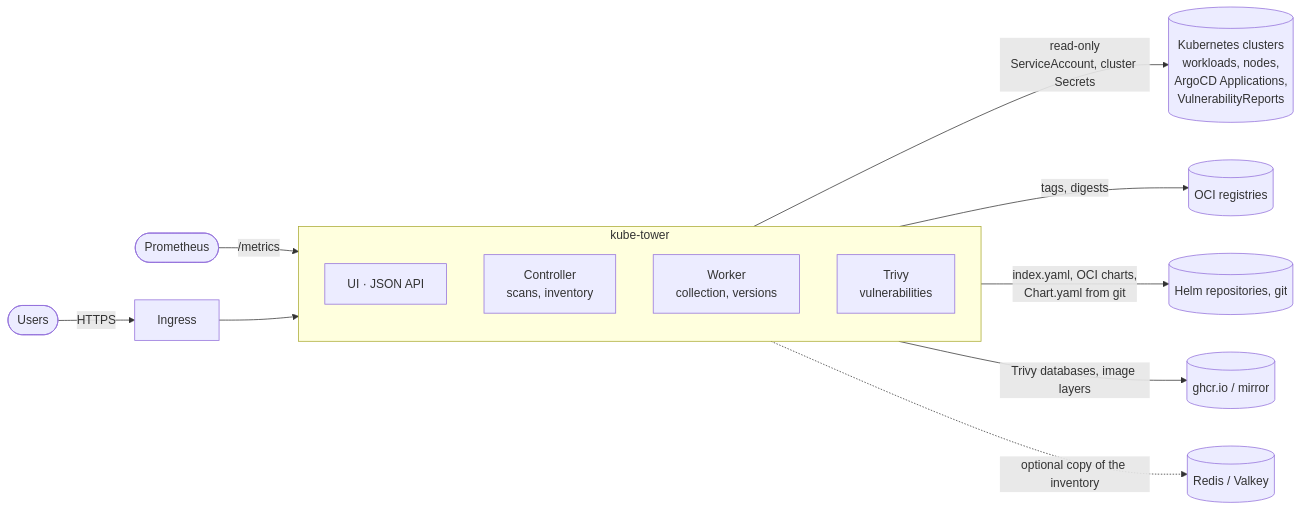
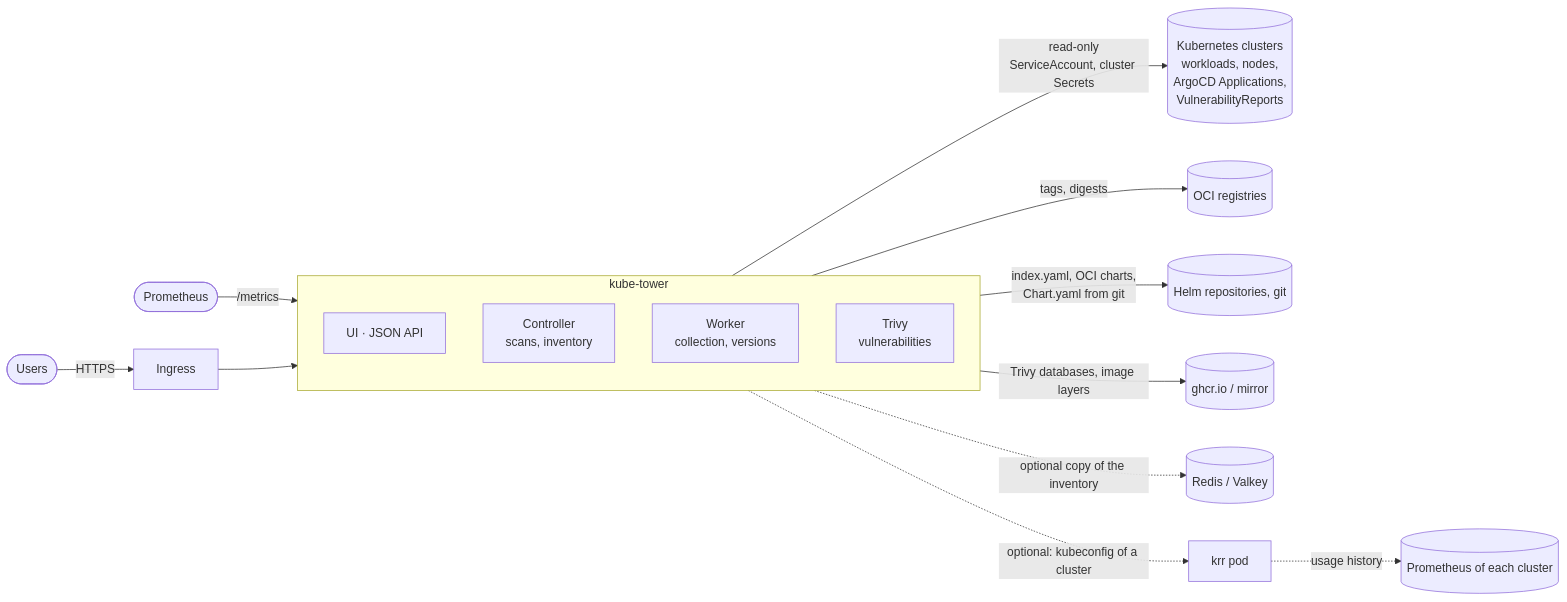
Before and after one commit to Arcanexus/kube-tower: the first of 4 diagrams in docs/architecture.md, drawn with Mermaid. The commit also changed other lines of this file and 74 other files, not shown here.

````diff
--- a/docs/architecture.md
+++ b/docs/architecture.md
@@ -12,20 +12,22 @@
 ```mermaid
 flowchart LR
     user([Users]) -->|HTTPS| ingress[Ingress]
     prom([Prometheus]) -->|/metrics| kt
     ingress --> kt
 
     subgraph kt[kube-tower]
         direction TB
         ui[UI · JSON API]
         ctl[Controller<br/>scans, inventory]
         wrk[Worker<br/>collection, versions]
         trv[Trivy<br/>vulnerabilities]
     end
 
     kt -->|read-only<br/>ServiceAccount, cluster Secrets| k8s[(Kubernetes clusters<br/>workloads, nodes,<br/>ArgoCD Applications,<br/>VulnerabilityReports)]
     kt -->|tags, digests| reg[(OCI registries)]
     kt -->|index.yaml, OCI charts,<br/>Chart.yaml from git| helm[(Helm repositories, git)]
     kt -->|Trivy databases, image layers| trivydb[(ghcr.io / mirror)]
     kt -.->|optional copy of the inventory| redis[(Redis / Valkey)]
+    kt -.->|optional: kubeconfig of a cluster| krr[krr pod]
+    krr -.->|usage history| kprom[(Prometheus of each cluster)]
 ```
````
